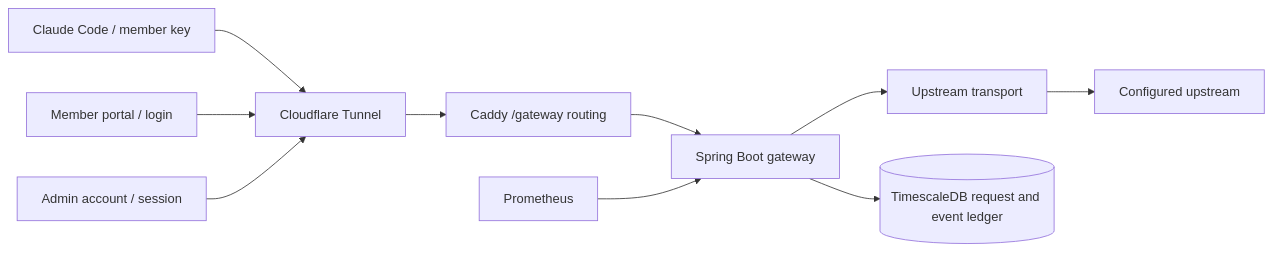
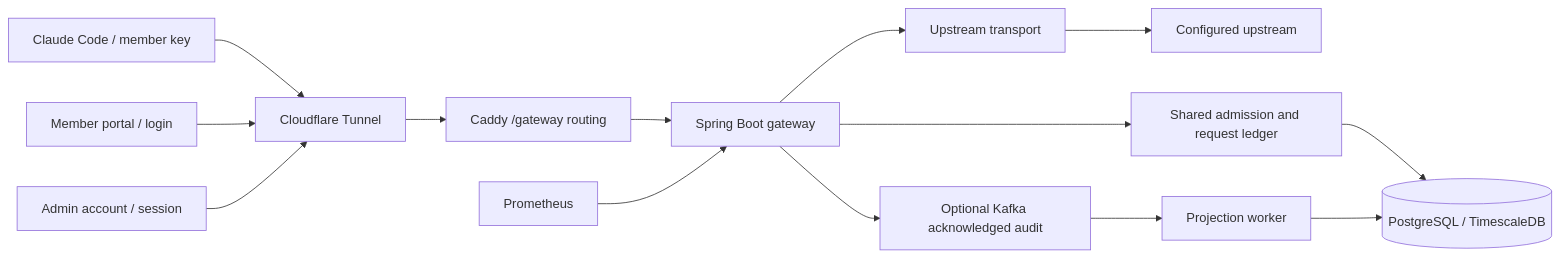
One commit to vimalkryadav/subscription-meter changed the diagram in README.md. Above: the diagram before and after it, drawn with Mermaid. The commit also changed other lines of this file and 119 other files, not shown here.

````diff
--- a/README.md
+++ b/README.md
@@ -11,12 +11,16 @@
 ```mermaid
 flowchart LR
     C[Claude Code / member key] --> T[Cloudflare Tunnel]
     T --> E[Caddy /gateway routing]
     E --> G[Spring Boot gateway]
     G --> U[Upstream transport]
     U --> A[Configured upstream]
-    G --> D[(TimescaleDB request and event ledger)]
+    G --> L[Shared admission and request ledger]
+    L --> D[(PostgreSQL / TimescaleDB)]
+    G --> K[Optional Kafka acknowledged audit]
+    K --> W[Projection worker]
+    W --> D
     P[Prometheus] --> G
     B[Member portal / login] --> T
     M[Admin account / session] --> T
 ```
````
